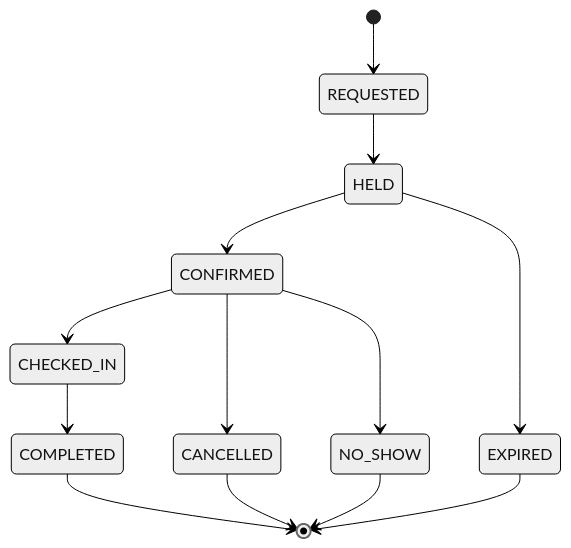
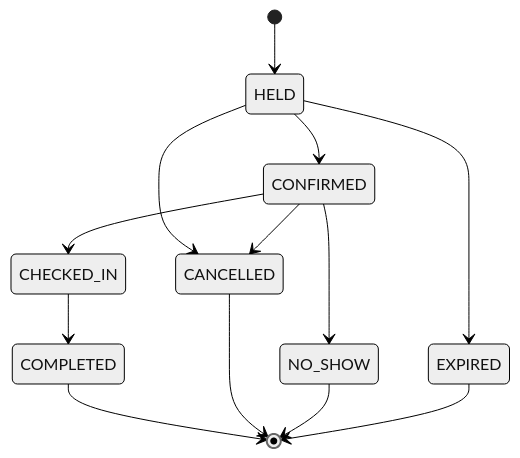
Before and after one commit to krestar/slotq: the first of 4 diagrams in README.md, drawn with Mermaid (neutral theme). The commit also changed other lines of this file and 8 other files, not shown here.

````diff
--- a/README.md
+++ b/README.md
@@ -93,15 +93,15 @@
 ```mermaid
 stateDiagram-v2
-    [*] --> REQUESTED
-    REQUESTED --> HELD
+    [*] --> HELD
     HELD --> CONFIRMED
     HELD --> EXPIRED
+    HELD --> CANCELLED
     CONFIRMED --> CHECKED_IN
     CONFIRMED --> CANCELLED
     CONFIRMED --> NO_SHOW
     CHECKED_IN --> COMPLETED
     COMPLETED --> [*]
     CANCELLED --> [*]
     NO_SHOW --> [*]
     EXPIRED --> [*]
 ```
````
